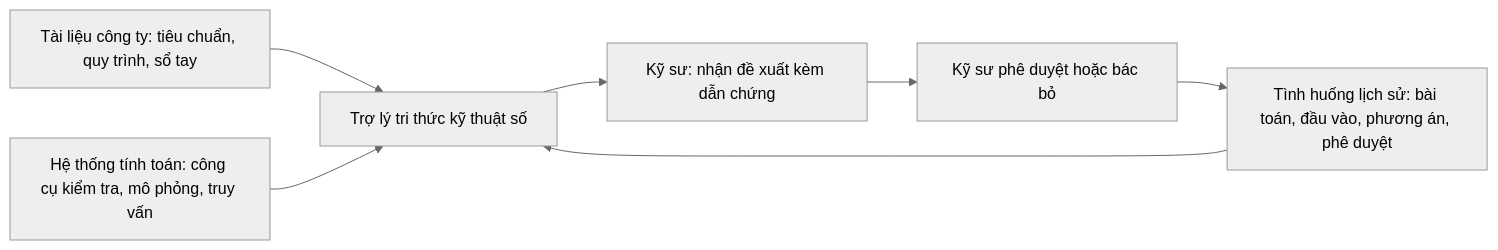
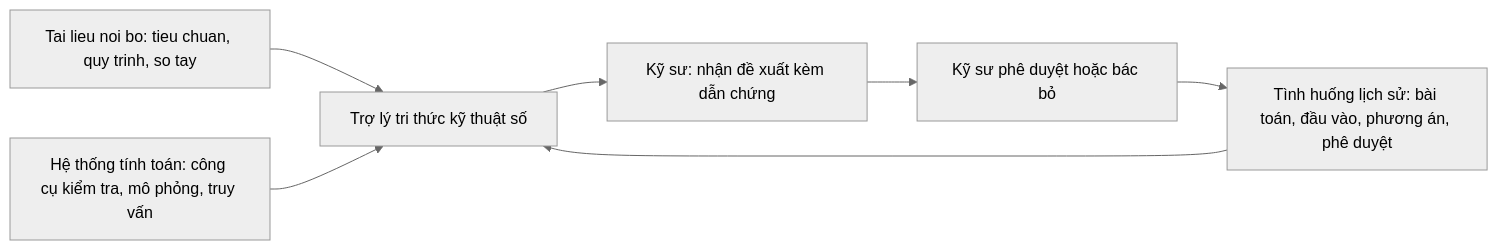
One commit to vdloc/courtier-console-demo changed the second of 17 diagrams in docs/proposal/2026-09-06-ai-engineering-assistant-architecture-vi.md. Above: the diagram before and after it, drawn with Mermaid (neutral theme). The commit also changed other lines of this file and 7 other files, not shown here.

````diff
--- a/docs/proposal/2026-09-06-ai-engineering-assistant-architecture-vi.md
+++ b/docs/proposal/2026-09-06-ai-engineering-assistant-architecture-vi.md
@@ -407,9 +423,9 @@
 ```mermaid
 flowchart LR
-    A["Tài liệu công ty: tiêu chuẩn, quy trình, sổ tay"] --> D["Trợ lý tri thức kỹ thuật số"]
+    A["Tai lieu noi bo: tieu chuan, quy trinh, so tay"] --> D["Trợ lý tri thức kỹ thuật số"]
     B["Tình huống lịch sử: bài toán, đầu vào, phương án, phê duyệt"] --> D
     C["Hệ thống tính toán: công cụ kiểm tra, mô phỏng, truy vấn"] --> D
     D --> E["Kỹ sư: nhận đề xuất kèm dẫn chứng"]
     E --> F["Kỹ sư phê duyệt hoặc bác bỏ"]
     F --> B
 ```
````
